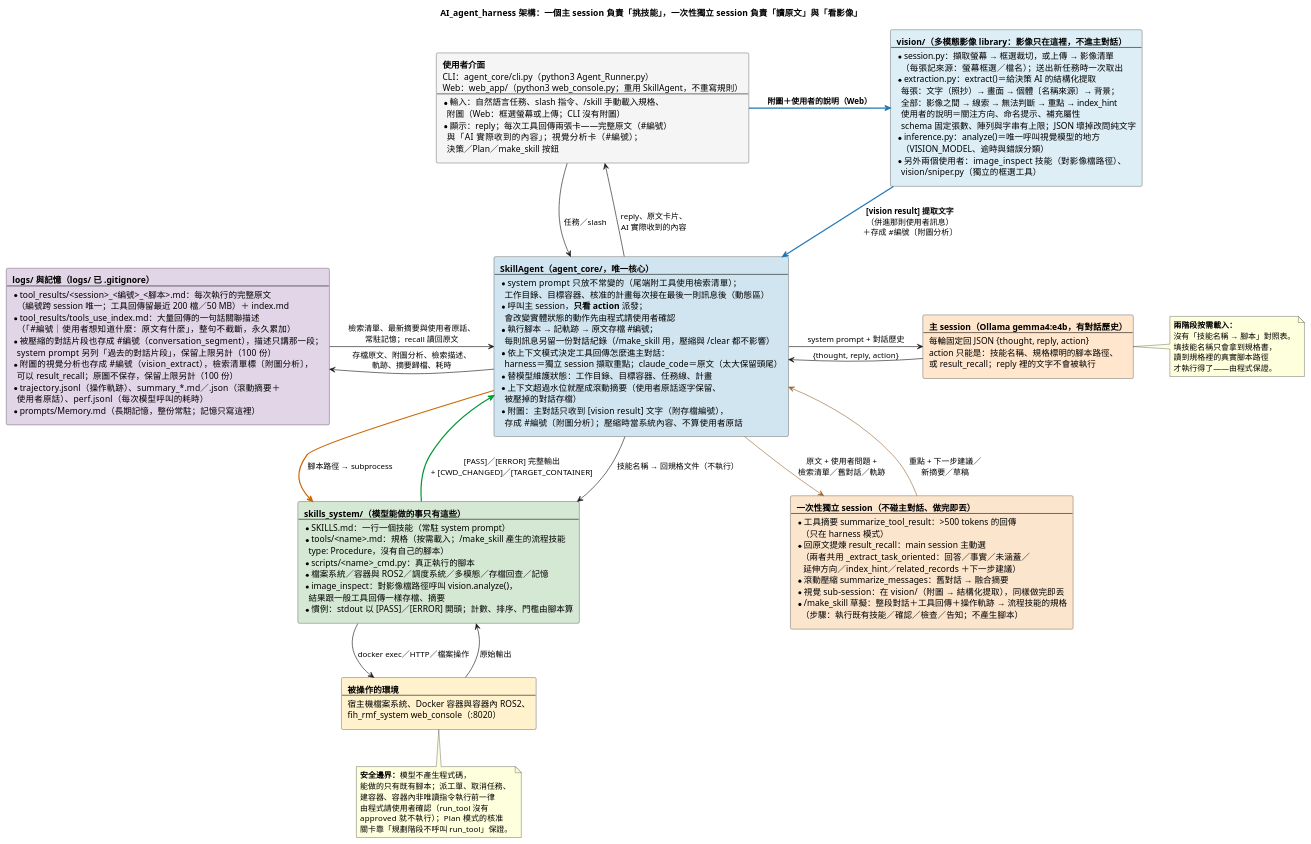
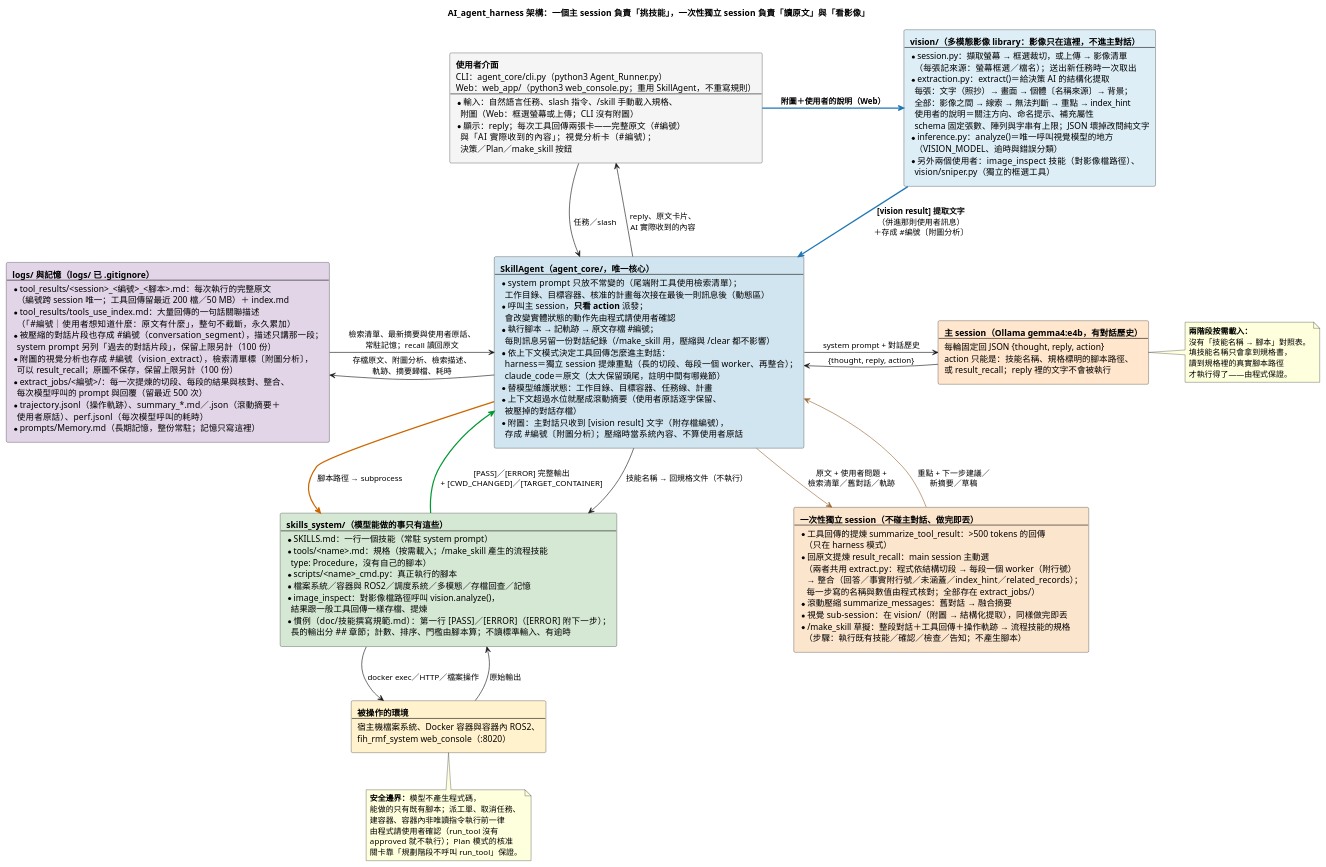
One commit to DavidZox/Coding_agnet changed the diagram in doc/diagrams/AI_agent_harness的說明.puml. Above: the diagram before and after it, drawn with PlantUML. The commit also changed 136 other files, not shown here.

```diff
--- a/doc/diagrams/AI_agent_harness的說明.puml
+++ b/doc/diagrams/AI_agent_harness的說明.puml
@@ -1,150 +1,155 @@
 @startuml
 ' --- 樣式精準控制 ---
 skinparam RectangleWidthMax 340
 skinparam ranksep 60
 skinparam nodesep 60
 skinparam shadowing false
 skinparam defaultFontName "Microsoft JhengHei"
 
 title AI_agent_harness 架構：一個主 session 負責「挑技能」，一次性獨立 session 負責「讀原文」與「看影像」
 
 rectangle NodeUser #F5F5F5 [
   **使用者介面**
   CLI：agent_core/cli.py（python3 Agent_Runner.py）
   Web：web_app/（python3 web_console.py；重用 SkillAgent，不重寫規則）
   ----
   * 輸入：自然語言任務、slash 指令、/skill 手動載入規格、
     附圖（Web：框選螢幕或上傳；CLI 沒有附圖）
   * 顯示：reply；每次工具回傳兩張卡——完整原文（#編號）
     與「AI 實際收到的內容」；視覺分析卡（#編號）；
     決策／Plan／make_skill 按鈕
 ]
 
 rectangle NodeVision #DDEEF6 [
   **vision/（多模態影像 library：影像只在這裡，不進主對話）**
   ----
   * session.py：擷取螢幕 → 框選裁切，或上傳 → 影像清單
     （每張記來源：螢幕框選／檔名）；送出新任務時一次取出
   * extraction.py：extract()＝給決策 AI 的結構化提取
     每張：文字（照抄）→ 畫面 → 個體〔名稱來源〕→ 背景；
     全部：影像之間 → 線索 → 無法判斷 → 重點 → index_hint
     使用者的說明＝關注方向、命名提示、補充屬性
     schema 固定張數、陣列與字串有上限；JSON 壞掉改問純文字
   * inference.py：analyze()＝唯一呼叫視覺模型的地方
     （VISION_MODEL、逾時與錯誤分類）
   * 另外兩個使用者：image_inspect 技能（對影像檔路徑）、
     vision/sniper.py（獨立的框選工具）
 ]
 
 rectangle NodeAgent #D1E5F0 [
   **SkillAgent（agent_core/，唯一核心）**
   ----
   * system prompt 只放不常變的（尾端附工具使用檢索清單）；
     工作目錄、目標容器、核准的計畫每次接在最後一則訊息後（動態區）
   * 呼叫主 session，**只看 action** 派發；
     會改變實體狀態的動作先由程式請使用者確認
   * 執行腳本 → 記軌跡 → 原文存檔 #編號；
     每則訊息另留一份對話紀錄（/make_skill 用，壓縮與 /clear 都不影響）
   * 依上下文模式決定工具回傳怎麼進主對話：
-    harness＝獨立 session 擷取重點；claude_code＝原文（太大保留頭尾）
+    harness＝獨立 session 提煉重點（長的切段、每段一個 worker、再整合）；
+    claude_code＝原文（太大保留頭尾，註明中間有哪幾節）
   * 替模型維護狀態：工作目錄、目標容器、任務線、計畫
   * 上下文超過水位就壓成滾動摘要（使用者原話逐字保留、
     被壓掉的對話存檔）
   * 附圖：主對話只收到 [vision result] 文字（附存檔編號），
     存成 #編號〔附圖分析〕；壓縮時當系統內容、不算使用者原話
 ]
 
 rectangle NodeLLM #FFE6CC [
   **主 session（Ollama gemma4:e4b，有對話歷史）**
   ----
   每輪固定回 JSON {thought, reply, action}
   action 只能是：技能名稱、規格標明的腳本路徑、
   或 result_recall；reply 裡的文字不會被執行
 ]
 
 rectangle NodeSub #FCE5CD [
   **一次性獨立 session（不碰主對話、做完即丟）**
   ----
-  * 工具摘要 summarize_tool_result：>500 tokens 的回傳
+  * 工具回傳的提煉 summarize_tool_result：>500 tokens 的回傳
     （只在 harness 模式）
   * 回原文提煉 result_recall：main session 主動選
-    （兩者共用 _extract_task_oriented：回答／事實／未涵蓋／
-     延伸方向／index_hint／related_records ＋下一步建議）
+    （兩者共用 extract.py：程式依結構切段 → 每段一個 worker（附行號）
+     → 整合（回答／事實附行號／未涵蓋／index_hint／related_records）；
+     每一步寫的名稱與數值由程式核對；全部存在 extract_jobs/）
   * 滾動壓縮 summarize_messages：舊對話 → 融合摘要
   * 視覺 sub-session：在 vision/（附圖 → 結構化提取），同樣做完即丟
   * /make_skill 草擬：整段對話＋工具回傳＋操作軌跡 → 流程技能的規格
     （步驟：執行既有技能／確認／檢查／告知；不產生腳本）
 ]
 
 rectangle NodeSkills #D5E8D4 [
   **skills_system/（模型能做的事只有這些）**
   ----
   * SKILLS.md：一行一個技能（常駐 system prompt）
   * tools/<name>.md：規格（按需載入；/make_skill 產生的流程技能
     type: Procedure，沒有自己的腳本）
   * scripts/<name>_cmd.py：真正執行的腳本
   * 檔案系統／容器與 ROS2／調度系統／多模態／存檔回查／記憶
   * image_inspect：對影像檔路徑呼叫 vision.analyze()，
-    結果跟一般工具回傳一樣存檔、摘要
-  * 慣例：stdout 以 [PASS]／[ERROR] 開頭；計數、排序、門檻由腳本算
+    結果跟一般工具回傳一樣存檔、提煉
+  * 慣例（doc/技能撰寫規範.md）：第一行 [PASS]／[ERROR]（[ERROR] 附下一步）；
+    長的輸出分 ## 章節；計數、排序、門檻由腳本算；不讀標準輸入、有逾時
 ]
 
 rectangle NodeWorld #FFF2CC [
   **被操作的環境**
   ----
   宿主機檔案系統、Docker 容器與容器內 ROS2、
   fih_rmf_system web_console（:8020）
 ]
 
 rectangle NodeStore #E1D5E7 [
   **logs/ 與記憶（logs/ 已 .gitignore）**
   ----
   * tool_results/<session>_<編號>_<腳本>.md：每次執行的完整原文
     （編號跨 session 唯一；工具回傳留最近 200 檔／50 MB）＋ index.md
   * tool_results/tools_use_index.md：大量回傳的一句話關聯描述
     （「#編號｜使用者想知道什麼：原文有什麼」，整句不截斷，永久累加）
   * 被壓縮的對話片段也存成 #編號（conversation_segment），描述只講那一段；
     system prompt 另列「過去的對話片段」，保留上限另計（100 份）
   * 附圖的視覺分析也存成 #編號（vision_extract），檢索清單標〔附圖分析〕，
     可以 result_recall；原圖不保存，保留上限另計（100 份）
+  * extract_jobs/<編號>/：每一次提煉的切段、每段的結果與核對、整合、
+    每次模型呼叫的 prompt 與回覆（留最近 500 次）
   * trajectory.jsonl（操作軌跡）、summary_*.md／.json（滾動摘要＋
     使用者原話）、perf.jsonl（每次模型呼叫的耗時）
   * prompts/Memory.md（長期記憶，整份常駐；記憶只寫這裡）
 ]
 
 NodeUser -down-> NodeAgent : 任務／slash
 NodeAgent -up-> NodeUser : reply、原文卡片、\nAI 實際收到的內容
 NodeAgent -right-> NodeLLM : system prompt + 對話歷史
 NodeLLM -left-> NodeAgent : {thought, reply, action}
 NodeAgent -[#996633]right-> NodeSub : 原文 + 使用者問題 +\n檢索清單／舊對話／軌跡
 NodeSub -[#996633]left-> NodeAgent : 重點 + 下一步建議／\n新摘要／草稿
 NodeUser -[#1F77B4,bold]right-> NodeVision : **附圖＋使用者的說明（Web）**
 NodeVision -[#1F77B4,bold]down-> NodeAgent : **[vision result] 提取文字**\n（併進那則使用者訊息）\n＋存成 #編號〔附圖分析〕
 NodeAgent -down-> NodeSkills : 技能名稱 → 回規格文件（不執行）
 NodeAgent -[#CC6600,bold]down-> NodeSkills : 腳本路徑 → subprocess
 NodeSkills -down-> NodeWorld : docker exec／HTTP／檔案操作
 NodeWorld -up-> NodeSkills : 原始輸出
 NodeSkills -[#009933,bold]up-> NodeAgent : [PASS]／[ERROR] 完整輸出\n+ [CWD_CHANGED]／[TARGET_CONTAINER]
 NodeAgent -left-> NodeStore : 存檔原文、附圖分析、檢索描述、\n軌跡、摘要歸檔、耗時
 NodeStore -right-> NodeAgent : 檢索清單、最新摘要與使用者原話、\n常駐記憶；recall 讀回原文
 NodeLLM -[hidden]down-> NodeSub
 NodeVision -[hidden]down-> NodeLLM
 
 note right of NodeLLM
   **兩階段按需載入：**
   沒有「技能名稱 → 腳本」對照表。
   填技能名稱只會拿到規格書，
   讀到規格裡的真實腳本路徑
   才執行得了——由程式保證。
 end note
 
 note bottom of NodeWorld
   **安全邊界：**模型不產生程式碼，
   能做的只有既有腳本；派工單、取消任務、
   建容器、容器內非唯讀指令執行前一律
   由程式請使用者確認（run_tool 沒有
   approved 就不執行）；Plan 模式的核准
   關卡靠「規劃階段不呼叫 run_tool」保證。
 end note
 
 @enduml
```
